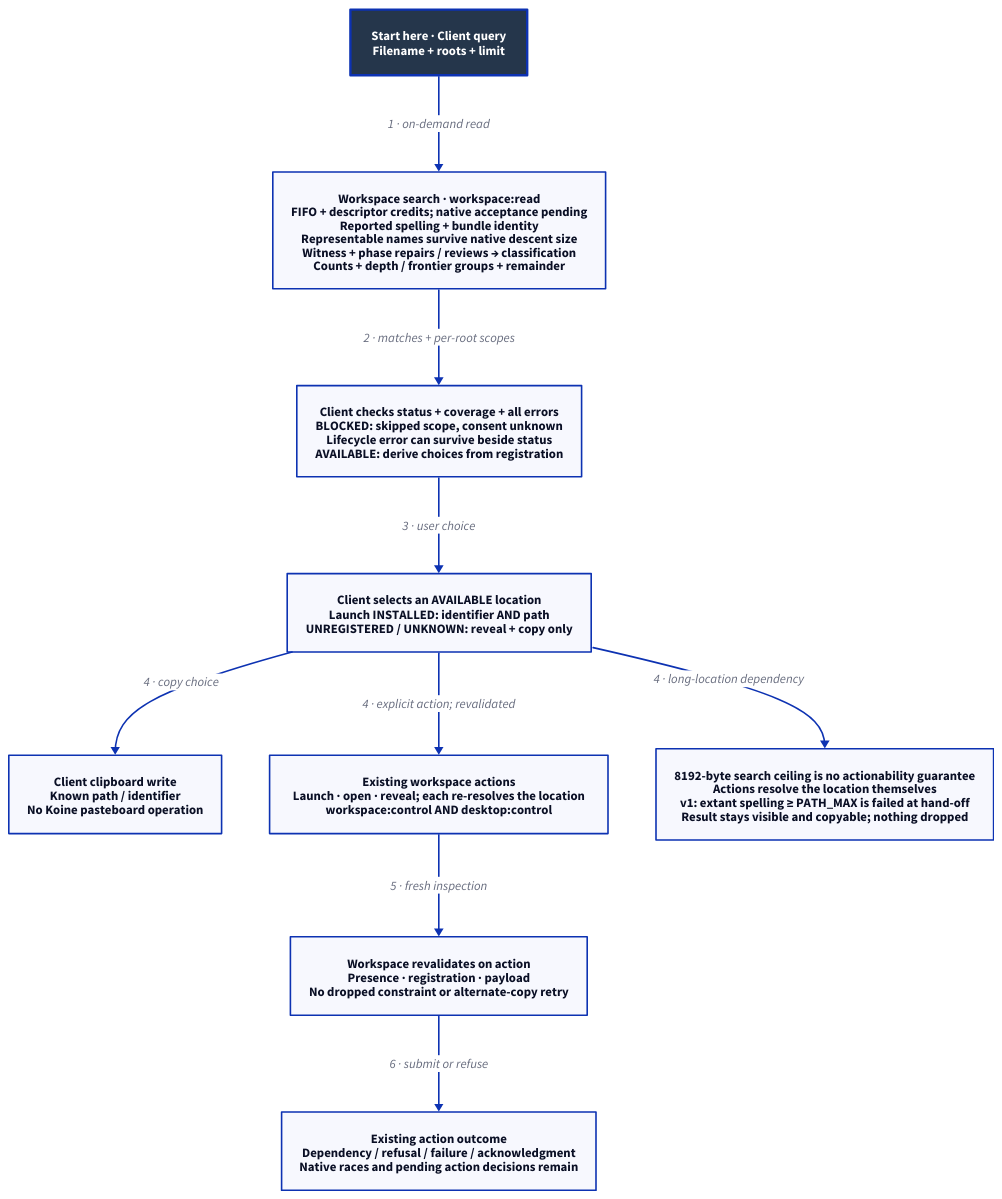
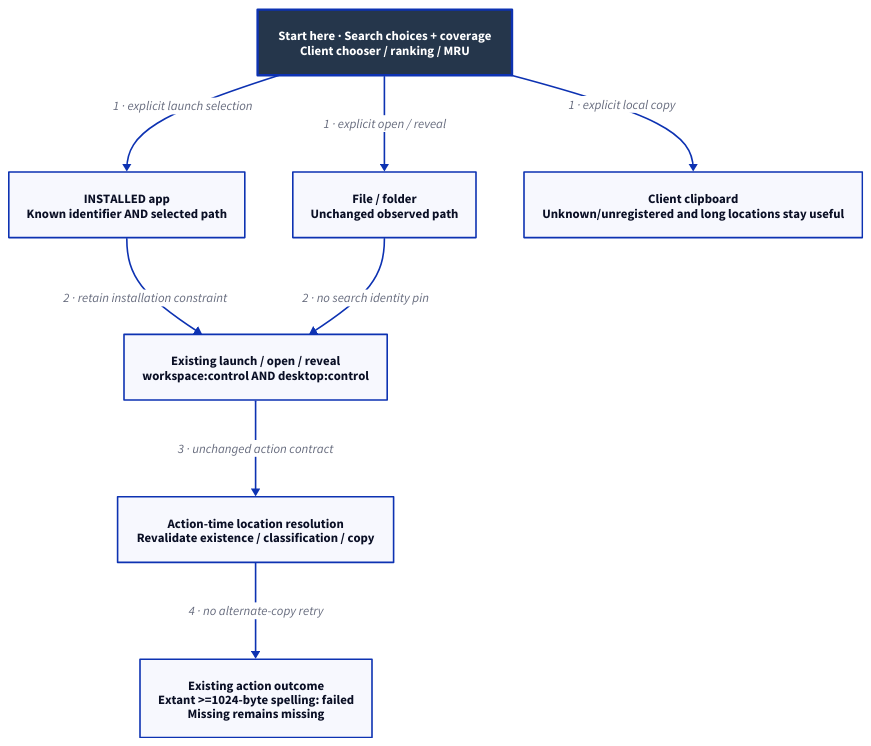
Before and after one commit to Linkuistics/Koine: the diagram in docs/design/architecture/search-handoff.d2, drawn with D2. The commit also changed 142 other files, not shown here.

```diff
--- a/docs/design/architecture/search-handoff.d2
+++ b/docs/design/architecture/search-handoff.d2
@@ -1,22 +1,19 @@
-# Designed component/data handoff. Source roles, not deployment containers.
+# Selected mechanism, subject to human choices/review/native acceptance.
 direction: down
 classes: {
   start: {style: {fill: "#25364B"; font-color: "#FFFFFF"; bold: true; stroke-width: 3}}
 }
-Start: "Start here · Client query\nFilename + roots + limit" {class: start}
-Search: "Workspace search · workspace:read\nFIFO + descriptor credits; native acceptance pending\nReported spelling + bundle identity\nRepresentable names survive native descent size\nWitness + phase repairs / reviews → classification\nCounts + depth / frontier groups + remainder"
-Choices: "Client checks status + coverage + all errors\nBLOCKED: skipped scope, consent unknown\nLifecycle error can survive beside status\nAVAILABLE: derive choices from registration"
-Selected: "Client selects an AVAILABLE location\nLaunch INSTALLED: identifier AND path\nUNREGISTERED / UNKNOWN: reveal + copy only"
-Clipboard: "Client clipboard write\nKnown path / identifier\nNo Koine pasteboard operation"
-Action: "Existing workspace actions\nLaunch · open · reveal; each re-resolves the location\nworkspace:control AND desktop:control"
-Revalidate: "Workspace revalidates on action\nPresence · registration · payload\nNo dropped constraint or alternate-copy retry"
-Outcome: "Existing action outcome\nDependency / refusal / failure / acknowledgment\nNative races and pending action decisions remain"
-Start -> Search: "1 · on-demand read"
-Search -> Choices: "2 · matches + per-root scopes"
-Choices -> Selected: "3 · user choice"
-Selected -> Clipboard: "4 · copy choice"
-Long: "8192-byte search ceiling is no actionability guarantee\nActions resolve the location themselves\nv1: extant spelling ≥ PATH_MAX is failed at hand-off\nResult stays visible and copyable; nothing dropped"
-Selected -> Long: "4 · long-location dependency"
-Selected -> Action: "4 · explicit action; revalidated"
-Action -> Revalidate: "5 · fresh inspection"
-Revalidate -> Outcome: "6 · submit or refuse"
+Start: "Start here · Search choices + coverage\nClient chooser / ranking / MRU" {class: start}
+App: "INSTALLED app\nKnown identifier AND selected path"
+File: "File / folder\nUnchanged observed path"
+Action: "Existing launch / open / reveal\nworkspace:control AND desktop:control"
+Resolve: "Action-time location resolution\nRevalidate existence / classification / copy"
+Outcome: "Existing action outcome\nExtant >=1024-byte spelling: failed\nMissing remains missing"
+Copy: "Client clipboard\nUnknown/unregistered and long locations stay useful"
+Start -> App: "1 · explicit launch selection"
+Start -> File: "1 · explicit open / reveal"
+Start -> Copy: "1 · explicit local copy"
+App -> Action: "2 · retain installation constraint"
+File -> Action: "2 · no search identity pin"
+Action -> Resolve: "3 · unchanged action contract"
+Resolve -> Outcome: "4 · no alternate-copy retry"
```
